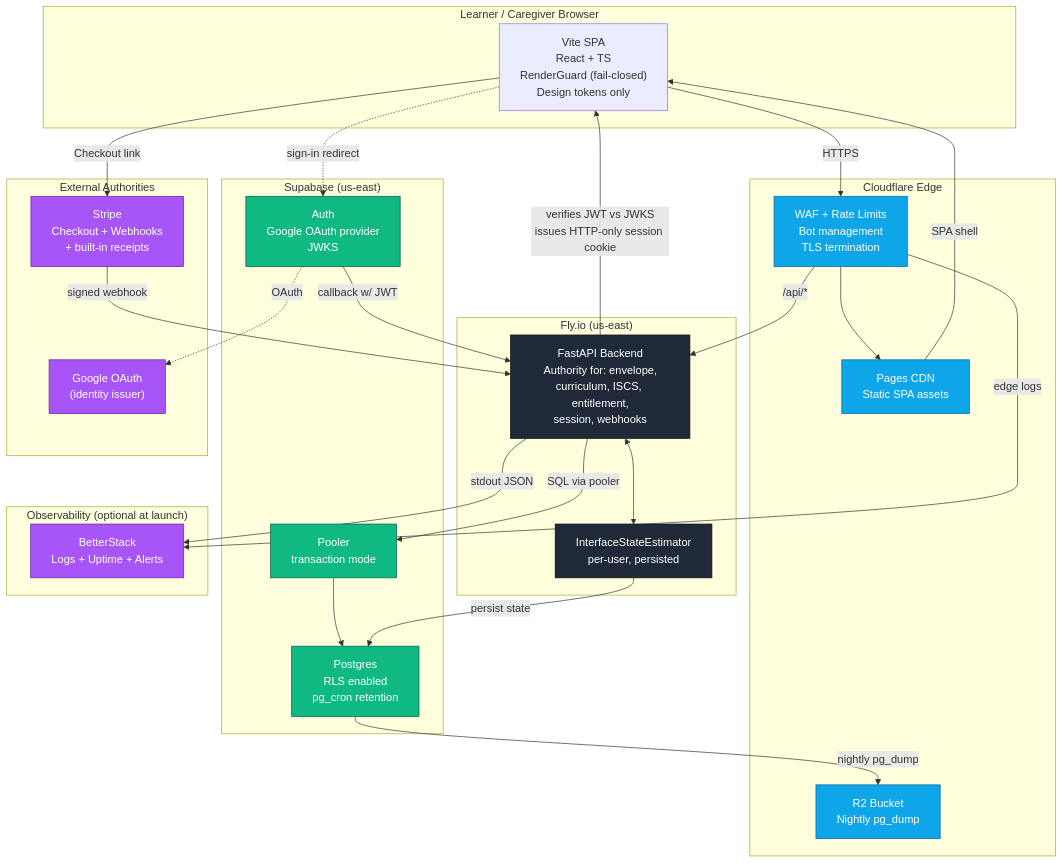
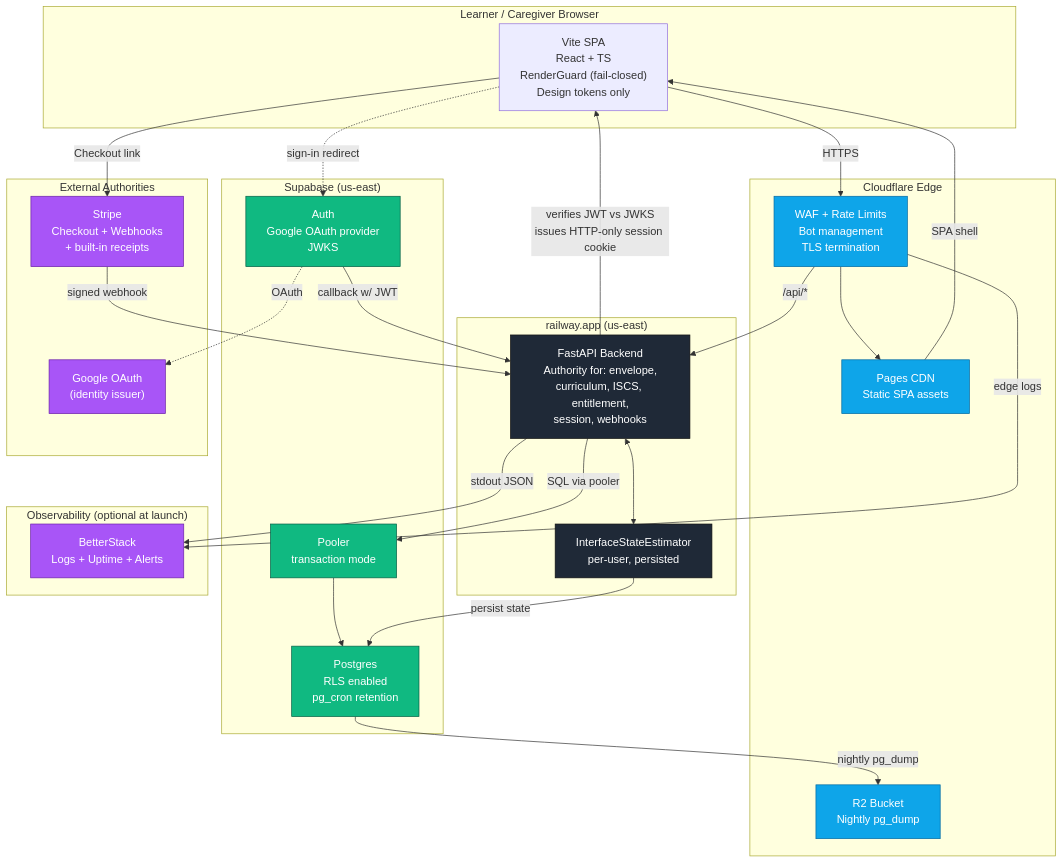
Before and after one commit to smiles70/Noni: the diagram in docs/architecture/SYSTEM.md, drawn with Mermaid. The commit also changed other lines of this file and 101 other files, not shown here.

````diff
--- a/docs/architecture/SYSTEM.md
+++ b/docs/architecture/SYSTEM.md
@@ -9,61 +9,61 @@
 ```mermaid
 flowchart TB
     subgraph Learner["Learner / Caregiver Browser"]
         SPA["Vite SPA<br/>React + TS<br/>RenderGuard (fail-closed)<br/>Design tokens only"]
     end
 
     subgraph CF["Cloudflare Edge"]
         CDN["Pages CDN<br/>Static SPA assets"]
         WAF["WAF + Rate Limits<br/>Bot management<br/>TLS termination"]
         R2["R2 Bucket<br/>Nightly pg_dump"]
     end
 
-    subgraph Fly["Fly.io (us-east)"]
+    subgraph Railway["railway.app (us-east)"]
         API["FastAPI Backend<br/>Authority for: envelope,<br/>curriculum, ISCS, entitlement,<br/>session, webhooks"]
         EST["InterfaceStateEstimator<br/>per-user, persisted"]
     end
 
     subgraph Supa["Supabase (us-east)"]
         AUTH["Auth<br/>Google OAuth provider<br/>JWKS"]
         PG["Postgres<br/>RLS enabled<br/>pg_cron retention"]
         POOL["Pooler<br/>transaction mode"]
     end
 
     subgraph Vendors["External Authorities"]
         GOOG["Google OAuth<br/>(identity issuer)"]
         STRIPE["Stripe<br/>Checkout + Webhooks<br/>+ built-in receipts"]
     end
 
     subgraph Ops["Observability (optional at launch)"]
         BS["BetterStack<br/>Logs + Uptime + Alerts"]
     end
 
     SPA -- "HTTPS" --> WAF
     WAF --> CDN
     WAF -- "/api/*" --> API
     CDN -- "SPA shell" --> SPA
 
     SPA -. "sign-in redirect" .-> AUTH
     AUTH -. "OAuth" .-> GOOG
     AUTH -- "callback w/ JWT" --> API
     API -- "verifies JWT vs JWKS<br/>issues HTTP-only session cookie" --> SPA
 
     SPA -- "Checkout link" --> STRIPE
     STRIPE -- "signed webhook" --> API
     API -- "SQL via pooler" --> POOL --> PG
     API <--> EST
     EST -- "persist state" --> PG
 
     PG -- "nightly pg_dump" --> R2
     API -- "stdout JSON" --> BS
     WAF -- "edge logs" --> BS
 
     classDef authority fill:#1f2937,color:#fff,stroke:#111
     classDef edge fill:#0ea5e9,color:#fff,stroke:#0369a1
     classDef data fill:#10b981,color:#fff,stroke:#065f46
     classDef ext fill:#a855f7,color:#fff,stroke:#6b21a8
     class API,EST authority
     class CDN,WAF,R2 edge
     class AUTH,PG,POOL data
     class GOOG,STRIPE,BS ext
 ```
````
